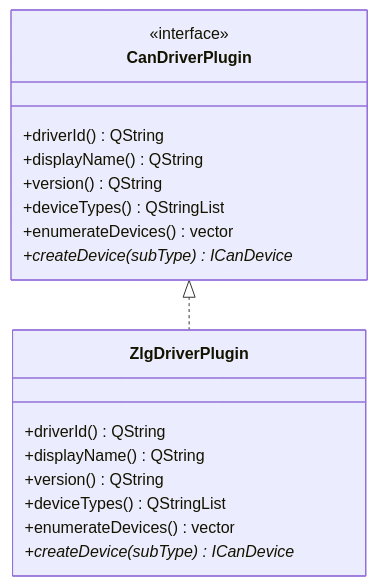
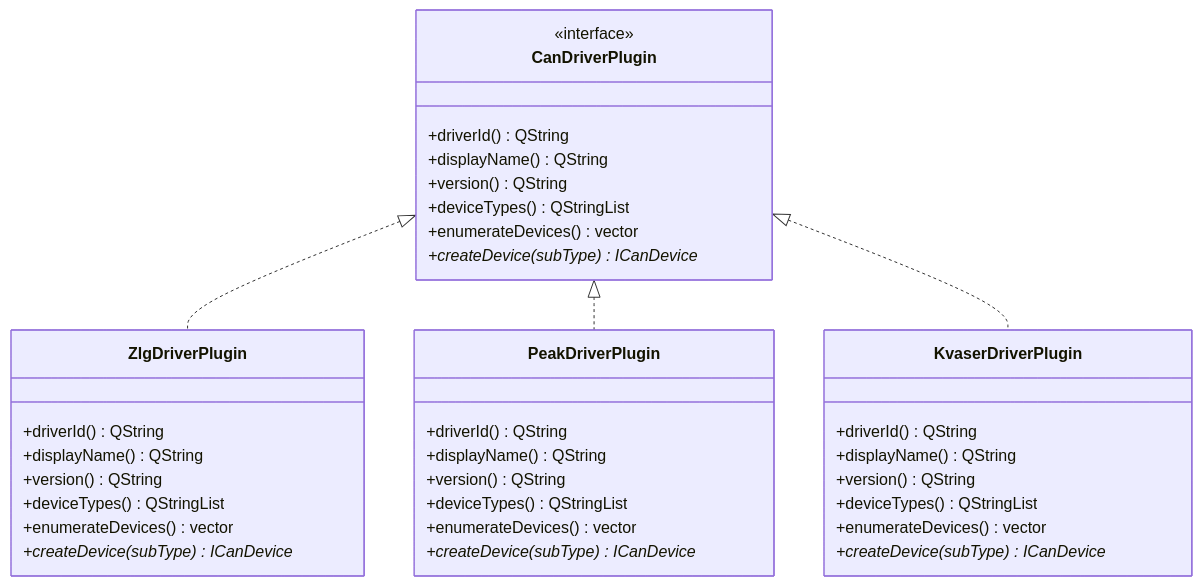
The fifth of 9 diagrams in .qoder/repowiki/zh/content/架构设计/驱动系统方案.md (jakecai1225-design/OpenBus), drawn with Mermaid before and after one commit. The commit also changed other lines of this file and 40 other files, not shown here.

````diff
--- a/.qoder/repowiki/zh/content/架构设计/驱动系统方案.md
+++ b/.qoder/repowiki/zh/content/架构设计/驱动系统方案.md
@@ -171,21 +188,39 @@
 ```mermaid
 classDiagram
 class CanDriverPlugin {
 +driverId() QString
 +displayName() QString
 +version() QString
 +deviceTypes() QStringList
 +enumerateDevices() vector<DeviceInfo>
 +createDevice(subType) ICanDevice*
 <<interface>>
 }
 class ZlgDriverPlugin {
 +driverId() QString
 +displayName() QString
 +version() QString
 +deviceTypes() QStringList
 +enumerateDevices() vector<DeviceInfo>
 +createDevice(subType) ICanDevice*
 }
+class PeakDriverPlugin {
++driverId() QString
++displayName() QString
++version() QString
++deviceTypes() QStringList
++enumerateDevices() vector<DeviceInfo>
++createDevice(subType) ICanDevice*
+}
+class KvaserDriverPlugin {
++driverId() QString
++displayName() QString
++version() QString
++deviceTypes() QStringList
++enumerateDevices() vector<DeviceInfo>
++createDevice(subType) ICanDevice*
+}
 CanDriverPlugin <|.. ZlgDriverPlugin
+CanDriverPlugin <|.. PeakDriverPlugin
+CanDriverPlugin <|.. KvaserDriverPlugin
 ```
````
